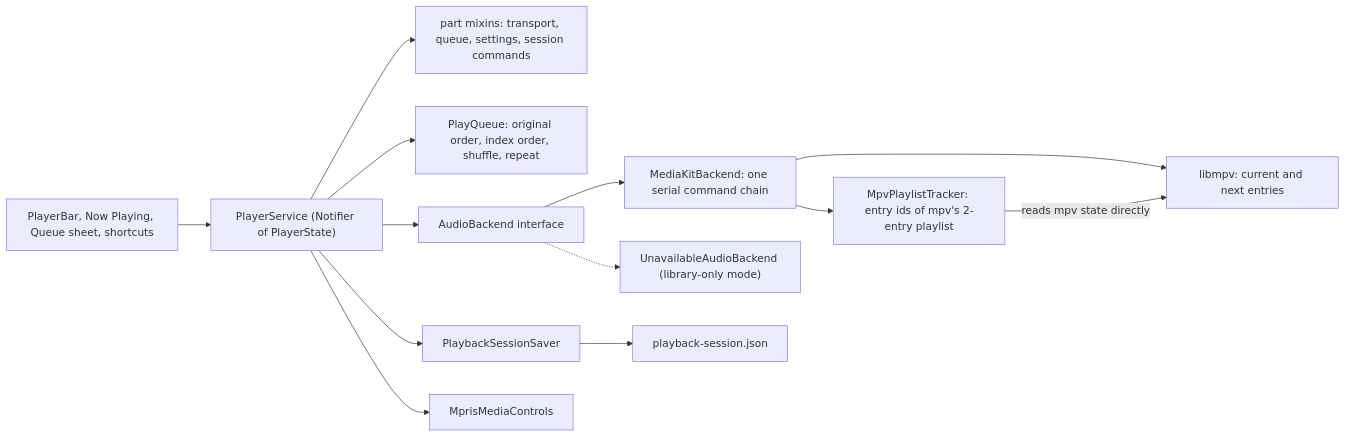
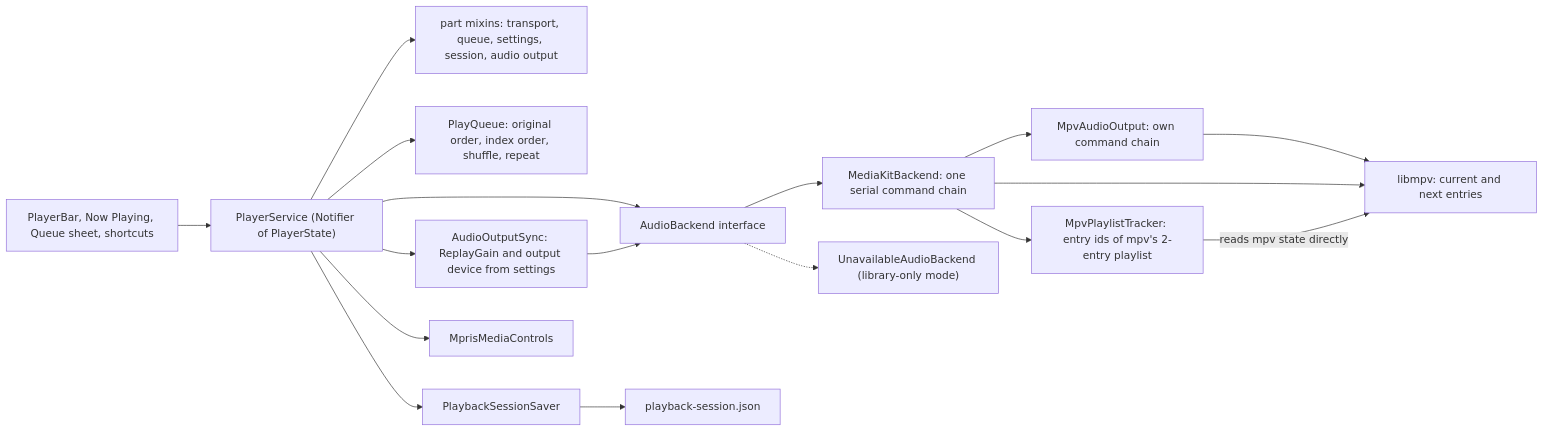
The fourth of 8 diagrams in docs/system-architecture.md (kanaru313/kanaru), drawn with Mermaid before and after one commit. The commit also changed other lines of this file and 9 other files, not shown here.

First line of the commit message:
feat(player): apply ReplayGain and the output device from settings

````diff
--- a/docs/system-architecture.md
+++ b/docs/system-architecture.md
@@ -188,15 +188,19 @@
 ```mermaid
 flowchart LR
     UI["PlayerBar, Now Playing, Queue sheet, shortcuts"] --> PS["PlayerService (Notifier of PlayerState)"]
-    PS --> Parts["part mixins: transport, queue, settings, session commands"]
+    PS --> Parts["part mixins: transport, queue, settings, session, audio output"]
     PS --> PQ["PlayQueue: original order, index order, shuffle, repeat"]
     PS --> AB["AudioBackend interface"]
+    PS --> Sync["AudioOutputSync: ReplayGain and output device from settings"]
+    Sync --> AB
     PS --> Sess["PlaybackSessionSaver"]
     AB --> MKB["MediaKitBackend: one serial command chain"]
     AB -.-> UAB["UnavailableAudioBackend (library-only mode)"]
     MKB --> Track["MpvPlaylistTracker: entry ids of mpv's 2-entry playlist"]
+    MKB --> AO["MpvAudioOutput: own command chain"]
+    AO --> Mpv
     MKB --> Mpv["libmpv: current and next entries"]
     Track -- "reads mpv state directly" --> Mpv
     Sess --> File["playback-session.json"]
     PS --> MC["MprisMediaControls"]
 ```
````
